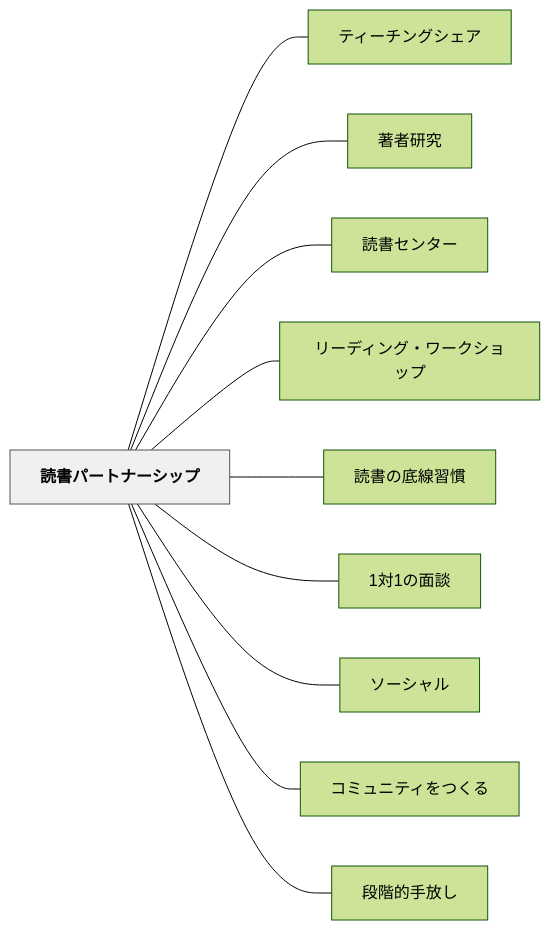
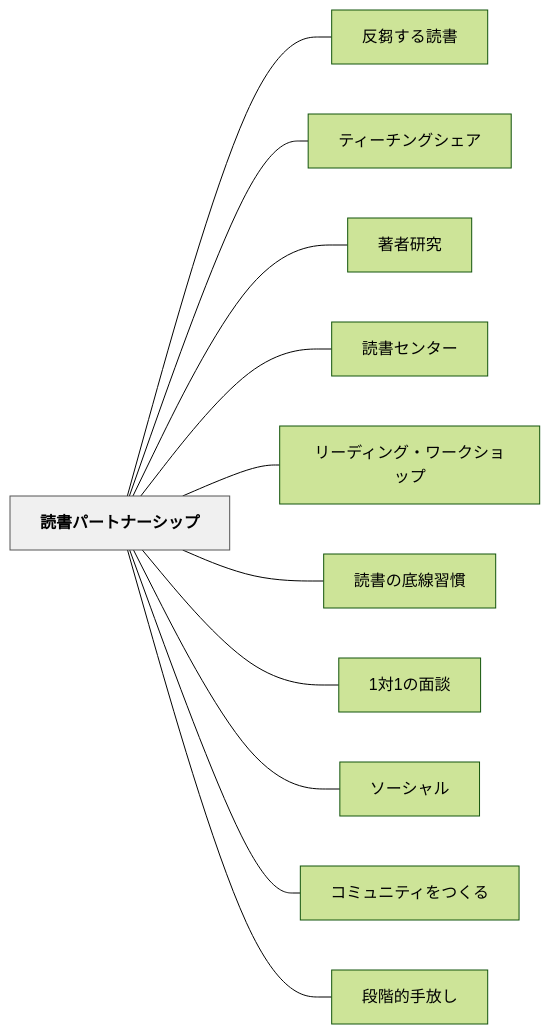
One commit to unknownthings-ed-patterns/unknownthings-ed-patterns changed the diagram in content/パタン/読書パートナーシップ.md. Above: the diagram before and after it, drawn with Mermaid (forest theme). The commit also changed other lines of this file and 21 other files, not shown here.

````diff
--- a/content/パタン/読書パートナーシップ.md
+++ b/content/パタン/読書パートナーシップ.md
@@ -92,26 +93,28 @@
 ```mermaid
 flowchart LR
     ne8aaade69bb8e38391e383bce38388e3838ae383bce382b7e38383e38397["読書パートナーシップ"]
+    ne58f8de88abbe38199e3828be8aaade69bb8["反芻する読書"]
     ne38386e382a3e383bce38381e383b3e382b0e382b7e382a7e382a2["ティーチングシェア"]
     ne89197e88085e7a094e7a9b6["著者研究"]
     ne8aaade69bb8e382bbe383b3e382bfe383bc["読書センター"]
     ne383aae383bce38387e382a3e383b3e382b0e383bbe383afe383bce382afe382b7e383a7e38383e38397["リーディング・ワークショップ"]
     ne8aaade69bb8e381aee5ba95e7b79ae7bf92e685a3["読書の底線習慣"]
     n31e5afbe31e381aee99da2e8ab87["1対1の面談"]
     ne382bde383bce382b7e383a3e383ab["ソーシャル"]
     ne382b3e3839fe383a5e3838be38386e382a3e38292e381a4e3818fe3828b["コミュニティをつくる"]
     ne6aeb5e99a8ee79a84e6898be694bee38197["段階的手放し"]
 
+    ne8aaade69bb8e38391e383bce38388e3838ae383bce382b7e38383e38397 --- ne58f8de88abbe38199e3828be8aaade69bb8
     ne8aaade69bb8e38391e383bce38388e3838ae383bce382b7e38383e38397 --- ne38386e382a3e383bce38381e383b3e382b0e382b7e382a7e382a2
     ne8aaade69bb8e38391e383bce38388e3838ae383bce382b7e38383e38397 --- ne89197e88085e7a094e7a9b6
     ne8aaade69bb8e38391e383bce38388e3838ae383bce382b7e38383e38397 --- ne8aaade69bb8e382bbe383b3e382bfe383bc
     ne8aaade69bb8e38391e383bce38388e3838ae383bce382b7e38383e38397 --- ne383aae383bce38387e382a3e383b3e382b0e383bbe383afe383bce382afe382b7e383a7e38383e38397
     ne8aaade69bb8e38391e383bce38388e3838ae383bce382b7e38383e38397 --- ne8aaade69bb8e381aee5ba95e7b79ae7bf92e685a3
     ne8aaade69bb8e38391e383bce38388e3838ae383bce382b7e38383e38397 --- n31e5afbe31e381aee99da2e8ab87
     ne8aaade69bb8e38391e383bce38388e3838ae383bce382b7e38383e38397 --- ne382bde383bce382b7e383a3e383ab
     ne8aaade69bb8e38391e383bce38388e3838ae383bce382b7e38383e38397 --- ne382b3e3839fe383a5e3838be38386e382a3e38292e381a4e3818fe3828b
     ne8aaade69bb8e38391e383bce38388e3838ae383bce382b7e38383e38397 --- ne6aeb5e99a8ee79a84e6898be694bee38197
 
     classDef hub fill:#f0f0f0,stroke:#555,color:#000,font-weight:bold
     class ne8aaade69bb8e38391e383bce38388e3838ae383bce382b7e38383e38397 hub
 ```
````
